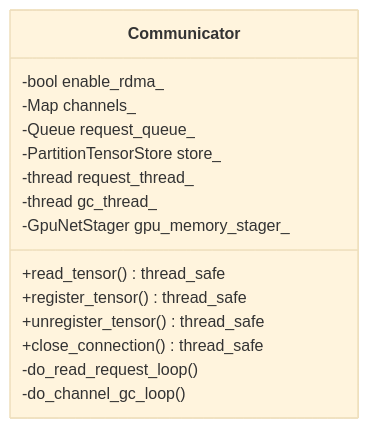
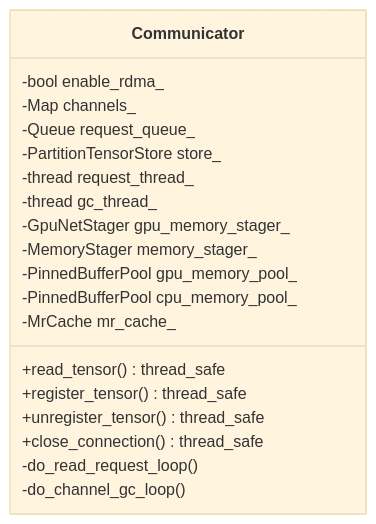
The third of 13 diagrams in core/communicator/README.md (tensorcast-ai/tensorcast), drawn with Mermaid (base theme) before and after one commit. The commit also changed other lines of this file and 5 other files, not shown here.

````diff
--- a/core/communicator/README.md
+++ b/core/communicator/README.md
@@ -174,19 +190,23 @@
 ```mermaid
 classDiagram
   class Communicator {
     -bool enable_rdma_
     -Map channels_
     -Queue request_queue_
     -PartitionTensorStore store_
     -thread request_thread_
     -thread gc_thread_
     -GpuNetStager gpu_memory_stager_
+    -MemoryStager memory_stager_
+    -PinnedBufferPool gpu_memory_pool_
+    -PinnedBufferPool cpu_memory_pool_
+    -MrCache mr_cache_
 
     +read_tensor() thread_safe
     +register_tensor() thread_safe
     +unregister_tensor() thread_safe
     +close_connection() thread_safe
     -do_read_request_loop()
     -do_channel_gc_loop()
   }
 ```
````
